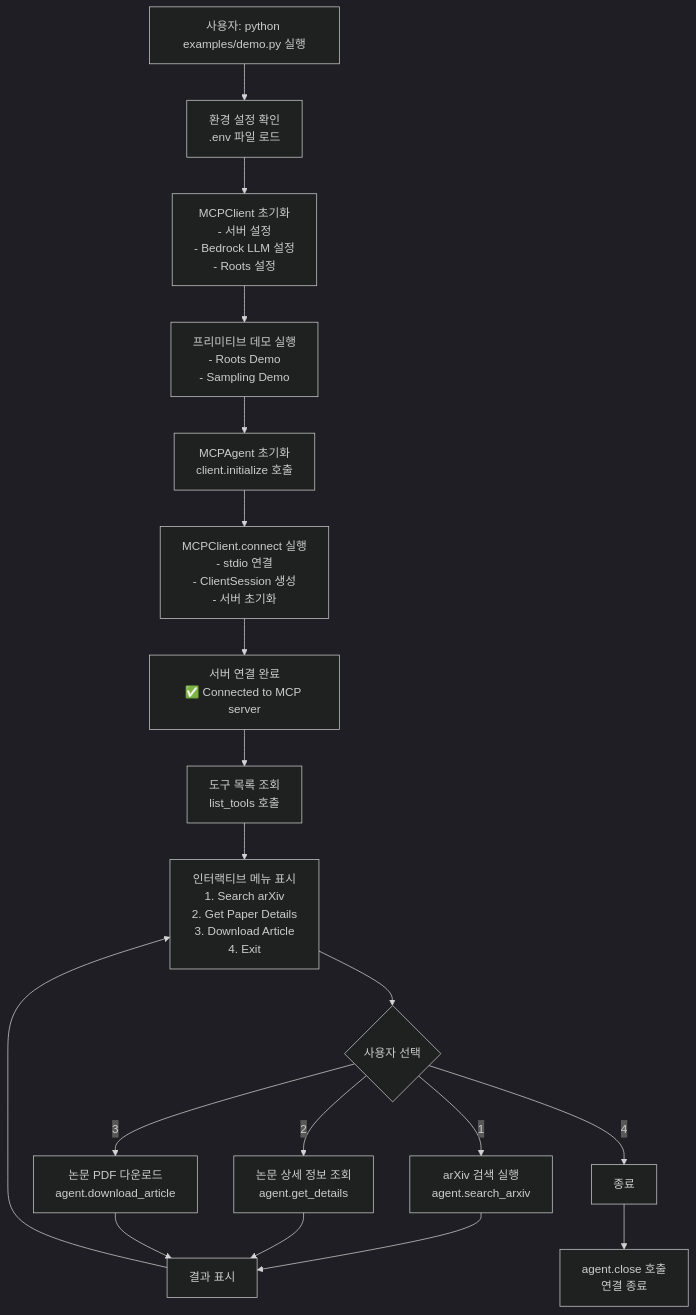
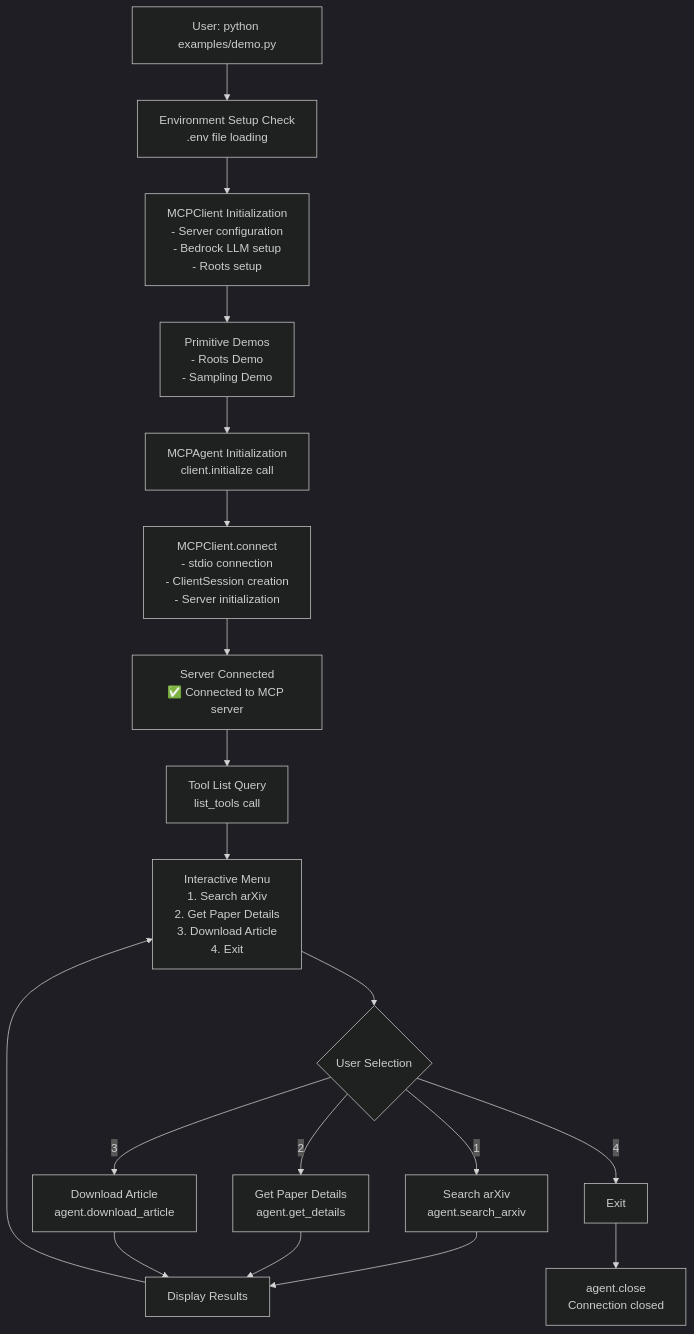
Before and after one commit to backnumber19/arxiv-mcp-agent: the second of 2 diagrams in README.md, drawn with Mermaid (dark theme). The commit also changed other lines of this file, not shown here.

````diff
--- a/README.md
+++ b/README.md
@@ -281,21 +316,21 @@
 ```mermaid
 flowchart TD
-    A[사용자: python examples/demo.py 실행] --> B[환경 설정 확인<br/>.env 파일 로드]
-    B --> C[MCPClient 초기화<br/>- 서버 설정<br/>- Bedrock LLM 설정<br/>- Roots 설정]
-    C --> D[프리미티브 데모 실행<br/>- Roots Demo<br/>- Sampling Demo]
-    D --> E[MCPAgent 초기화<br/>client.initialize 호출]
-    E --> F[MCPClient.connect 실행<br/>- stdio 연결<br/>- ClientSession 생성<br/>- 서버 초기화]
-    F --> G[서버 연결 완료<br/>✅ Connected to MCP server]
-    G --> H[도구 목록 조회<br/>list_tools 호출]
-    H --> I[인터랙티브 메뉴 표시<br/>1. Search arXiv<br/>2. Get Paper Details<br/>3. Download Article<br/>4. Exit]
-    I --> J{사용자 선택}
-    J -->|1| K[arXiv 검색 실행<br/>agent.search_arxiv]
-    J -->|2| L[논문 상세 정보 조회<br/>agent.get_details]
-    J -->|3| M[논문 PDF 다운로드<br/>agent.download_article]
-    J -->|4| N[종료]
-    K --> O[결과 표시]
+    A[User: python examples/demo.py] --> B[Environment Setup Check<br/>.env file loading]
+    B --> C[MCPClient Initialization<br/>- Server configuration<br/>- Bedrock LLM setup<br/>- Roots setup]
+    C --> D[Primitive Demos<br/>- Roots Demo<br/>- Sampling Demo]
+    D --> E[MCPAgent Initialization<br/>client.initialize call]
+    E --> F[MCPClient.connect<br/>- stdio connection<br/>- ClientSession creation<br/>- Server initialization]
+    F --> G[Server Connected<br/>✅ Connected to MCP server]
+    G --> H[Tool List Query<br/>list_tools call]
+    H --> I[Interactive Menu<br/>1. Search arXiv<br/>2. Get Paper Details<br/>3. Download Article<br/>4. Exit]
+    I --> J{User Selection}
+    J -->|1| K[Search arXiv<br/>agent.search_arxiv]
+    J -->|2| L[Get Paper Details<br/>agent.get_details]
+    J -->|3| M[Download Article<br/>agent.download_article]
+    J -->|4| N[Exit]
+    K --> O[Display Results]
     L --> O
     M --> O
     O --> I
-    N --> P[agent.close 호출<br/>연결 종료]
+    N --> P[agent.close<br/>Connection closed]
 ```
````
